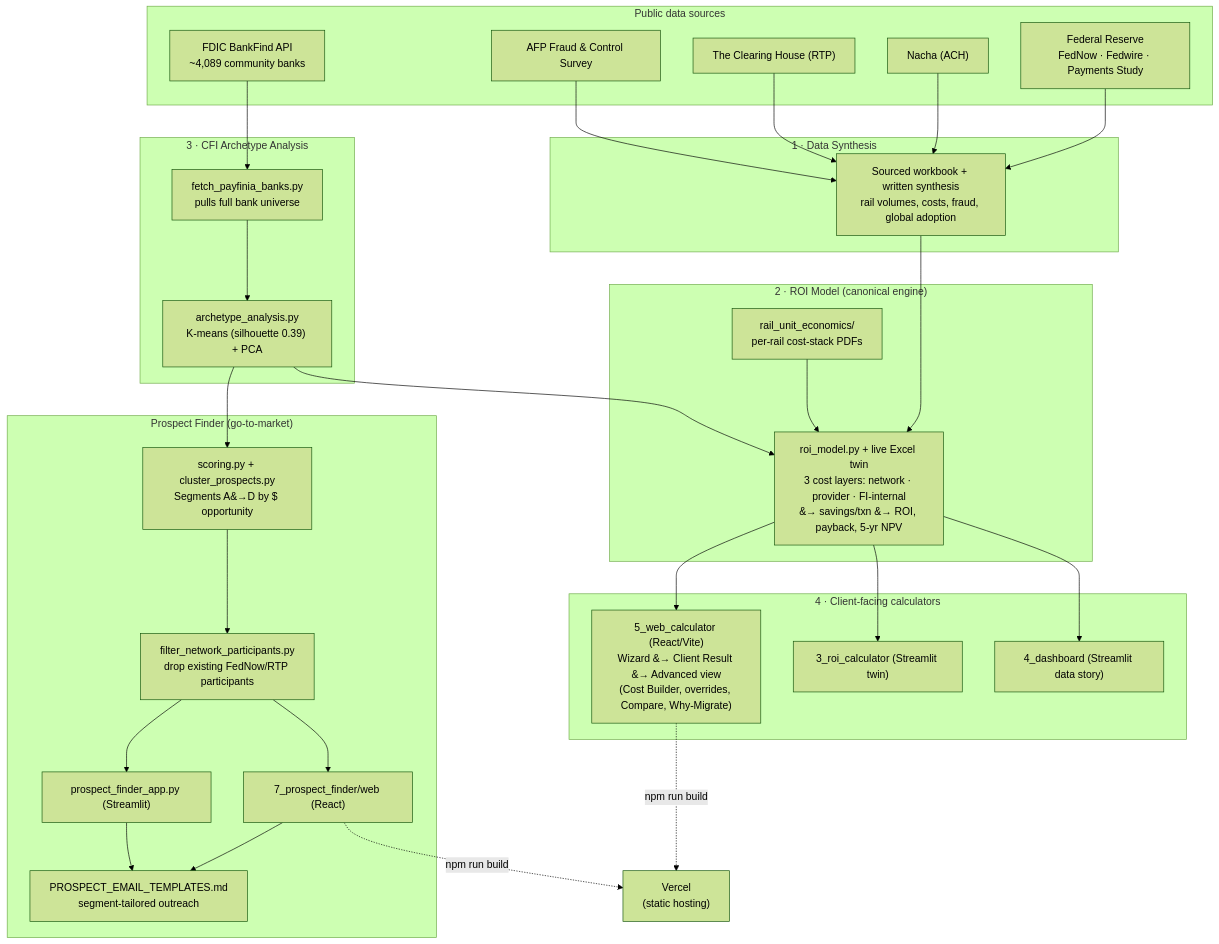
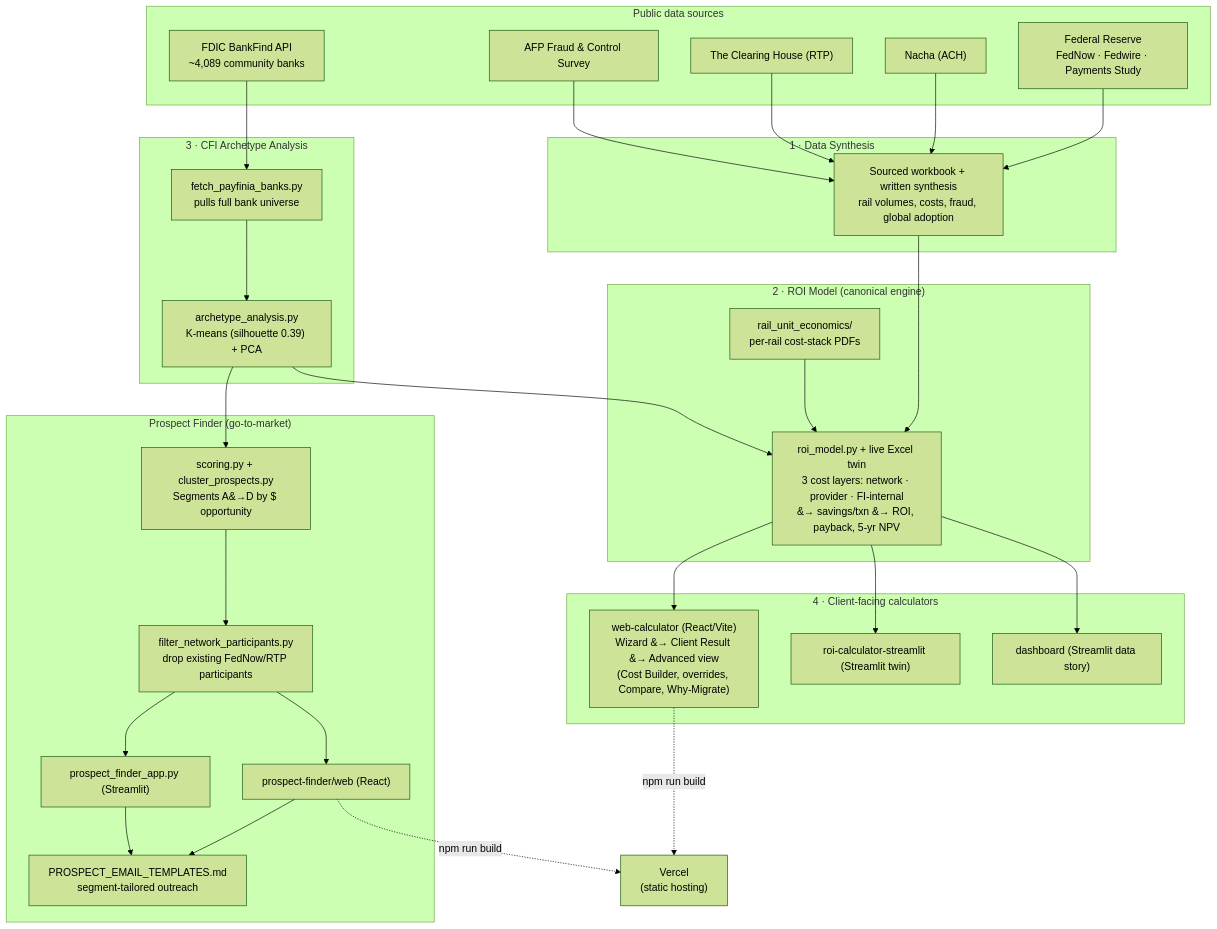
The diagram in README.md (darrsshill/Payfinia-roi-analytics-), drawn with Mermaid (forest theme) before and after one commit. The commit also changed other lines of this file and 77 other files, not shown here.

````diff
--- a/README.md
+++ b/README.md
@@ -52,63 +52,63 @@
 ```mermaid
 flowchart TD
     subgraph SRC["Public data sources"]
         FED["Federal Reserve<br/>FedNow · Fedwire · Payments Study"]
         NACHA["Nacha (ACH)"]
         TCH["The Clearing House (RTP)"]
         AFP["AFP Fraud &amp; Control Survey"]
         FDIC["FDIC BankFind API<br/>~4,089 community banks"]
     end
 
     subgraph D1["1 · Data Synthesis"]
         SYN["Sourced workbook + written synthesis<br/>rail volumes, costs, fraud, global adoption"]
     end
 
     subgraph D2["2 · ROI Model (canonical engine)"]
         ROI["roi_model.py + live Excel twin<br/>3 cost layers: network · provider · FI-internal<br/>&#8594; savings/txn &#8594; ROI, payback, 5-yr NPV"]
         UNIT["rail_unit_economics/<br/>per-rail cost-stack PDFs"]
     end
 
     subgraph D3["3 · CFI Archetype Analysis"]
         FETCH["fetch_payfinia_banks.py<br/>pulls full bank universe"]
         CLUSTER["archetype_analysis.py<br/>K-means (silhouette 0.39) + PCA"]
     end
 
     subgraph D4["4 · Client-facing calculators"]
-        WEB["5_web_calculator (React/Vite)<br/>Wizard &#8594; Client Result &#8594; Advanced view<br/>(Cost Builder, overrides, Compare, Why-Migrate)"]
-        ST["3_roi_calculator (Streamlit twin)"]
-        DASH["4_dashboard (Streamlit data story)"]
+        WEB["web-calculator (React/Vite)<br/>Wizard &#8594; Client Result &#8594; Advanced view<br/>(Cost Builder, overrides, Compare, Why-Migrate)"]
+        ST["roi-calculator-streamlit (Streamlit twin)"]
+        DASH["dashboard (Streamlit data story)"]
     end
 
     subgraph D5["Prospect Finder (go-to-market)"]
         PSCORE["scoring.py + cluster_prospects.py<br/>Segments A&#8594;D by $ opportunity"]
         PFILTER["filter_network_participants.py<br/>drop existing FedNow/RTP participants"]
-        PWEB["7_prospect_finder/web (React)"]
+        PWEB["prospect-finder/web (React)"]
         PST["prospect_finder_app.py (Streamlit)"]
         PEMAIL["PROSPECT_EMAIL_TEMPLATES.md<br/>segment-tailored outreach"]
     end
 
     FED --> SYN
     NACHA --> SYN
     TCH --> SYN
     AFP --> SYN
     SYN --> ROI
     UNIT --> ROI
 
     FDIC --> FETCH
     FETCH --> CLUSTER
     CLUSTER --> ROI
 
     ROI --> WEB
     ROI --> ST
     ROI --> DASH
 
     CLUSTER --> PSCORE
     PSCORE --> PFILTER
     PFILTER --> PWEB
     PFILTER --> PST
     PWEB --> PEMAIL
     PST --> PEMAIL
 
     WEB -. "npm run build" .-> VERCEL["Vercel<br/>(static hosting)"]
     PWEB -. "npm run build" .-> VERCEL
 ```
````
